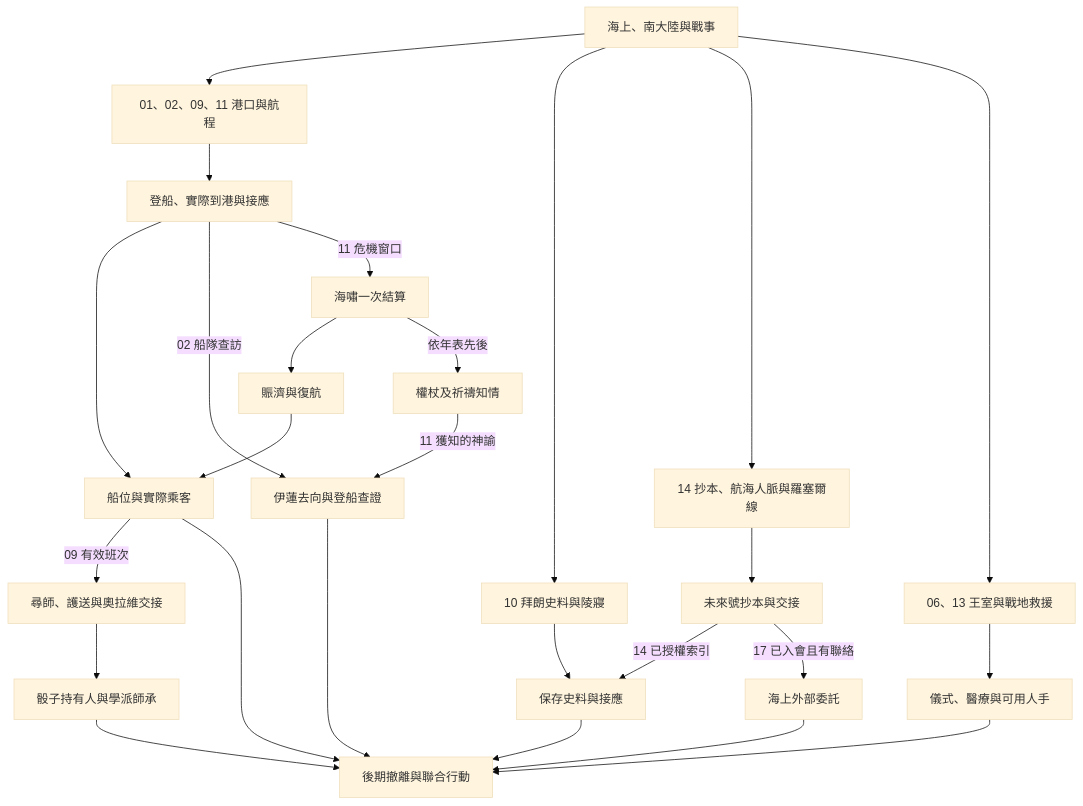
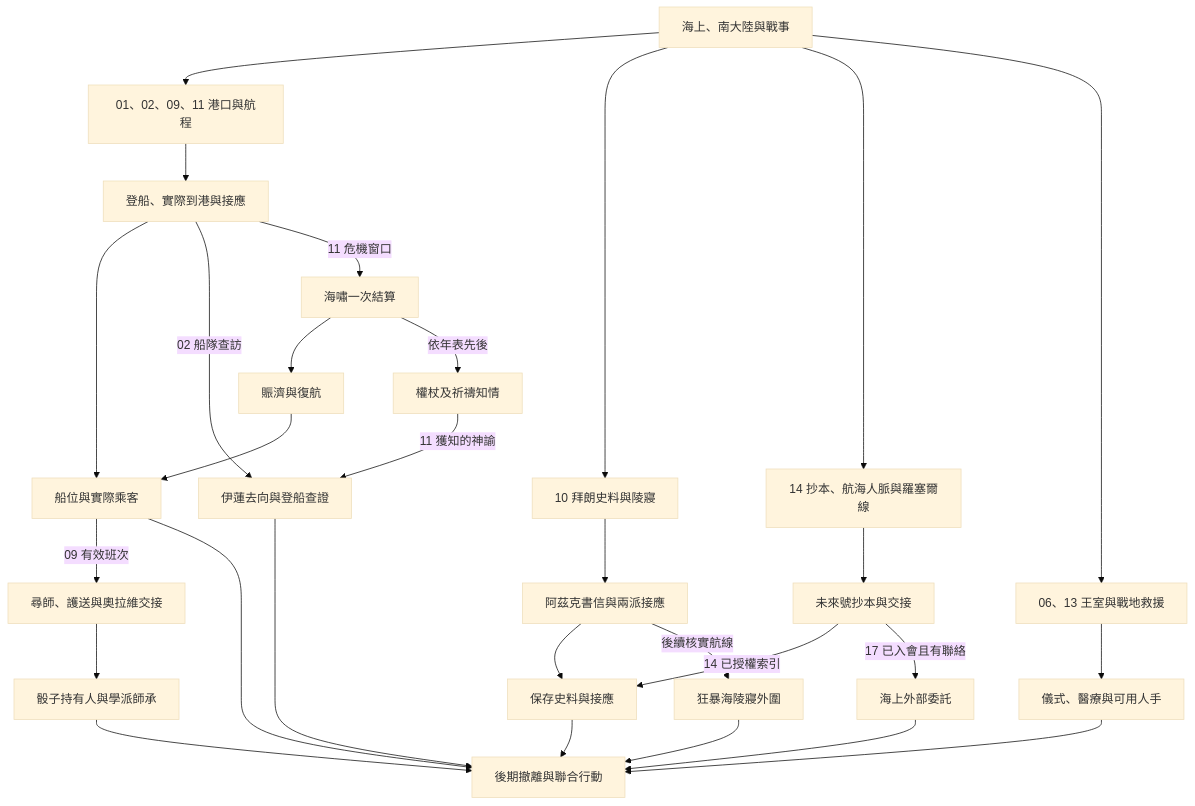
The fifth of 7 diagrams in game/events/part_one_story_tree.md (dragon961204-cmd/-), drawn with Mermaid (base theme) before and after one commit. The commit also changed other lines of this file, not shown here.

Commit message:
第十八批阿茲克與拜朗史料 part_one_story_tree.md

````diff
--- a/game/events/part_one_story_tree.md
+++ b/game/events/part_one_story_tree.md
@@ -93,28 +93,31 @@
 ```mermaid
 flowchart TD
     A["海上、南大陸與戰事"] --> B["01、02、09、11 港口與航程"]
     A --> C["10 拜朗史料與陵寢"]
     A --> D["14 抄本、航海人脈與羅塞爾線"]
     A --> E["06、13 王室與戰地救援"]
     B --> J["登船、實際到港與接應"]
     J --> F["船位與實際乘客"]
     F -->|"09 有效班次"| O["尋師、護送與奧拉維交接"]
     O --> P["骰子持有人與學派師承"]
     P --> I
     J -->|"02 船隊查訪"| N["伊蓮去向與登船查證"]
     J -->|"11 危機窗口"| K["海嘯一次結算"]
     K --> L["賑濟與復航"]
     K -->|"依年表先後"| M["權杖及祈禱知情"]
     L --> F
     M -->|"11 獲知的神諭"| N
     N --> I
-    C --> G["保存史料與接應"]
+    C --> S["阿茲克書信與兩派接應"]
+    S --> G["保存史料與接應"]
+    S -->|"後續核實航線"| T["狂暴海陵寢外圍"]
+    T --> I
     D --> Q["未來號抄本與交接"]
     Q -->|"14 已授權索引"| G
     Q -->|"17 已入會且有聯絡"| R["海上外部委託"]
     R --> I
     E --> H["儀式、醫療與可用人手"]
     F --> I["後期撤離與聯合行動"]
     G --> I
     H --> I
 ```
````
